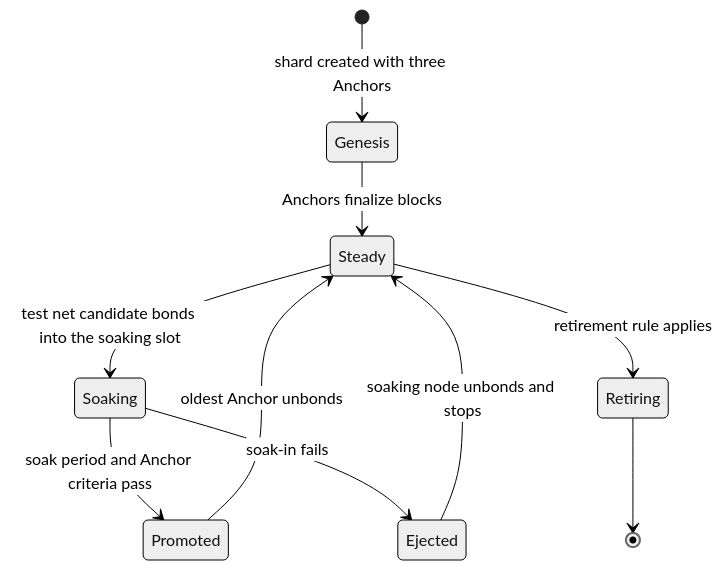
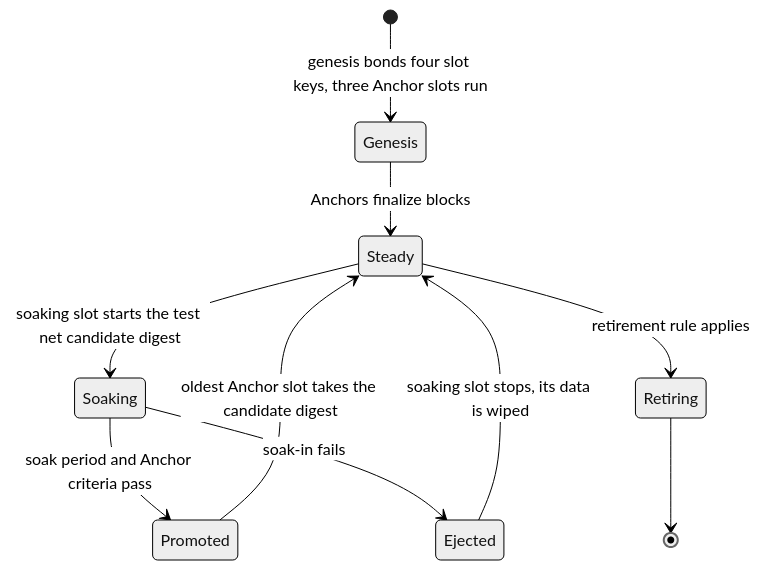
Before and after one commit to F1R3FLY-io/f1r3node-rust: the second of 3 diagrams in docs/plans/test-net.md, drawn with Mermaid (neutral theme). The commit also changed other lines of this file and 4 other files, not shown here.

First line of the commit message:
docs(test-net): scope the test net to F1r3fly CbC Casper and add consensus model provisions (EPIC-014)

````diff
--- a/docs/plans/test-net.md
+++ b/docs/plans/test-net.md
@@ -68,12 +72,12 @@
 ```mermaid
 stateDiagram-v2
-    [*] --> Genesis: shard created with three Anchors
+    [*] --> Genesis: genesis bonds four slot keys, three Anchor slots run
     Genesis --> Steady: Anchors finalize blocks
-    Steady --> Soaking: test net candidate bonds into the soaking slot
+    Steady --> Soaking: soaking slot starts the test net candidate digest
     Soaking --> Promoted: soak period and Anchor criteria pass
     Soaking --> Ejected: soak-in fails
-    Promoted --> Steady: oldest Anchor unbonds
-    Ejected --> Steady: soaking node unbonds and stops
+    Promoted --> Steady: oldest Anchor slot takes the candidate digest
+    Ejected --> Steady: soaking slot stops, its data is wiped
     Steady --> Retiring: retirement rule applies
     Retiring --> [*]
 ```
````
